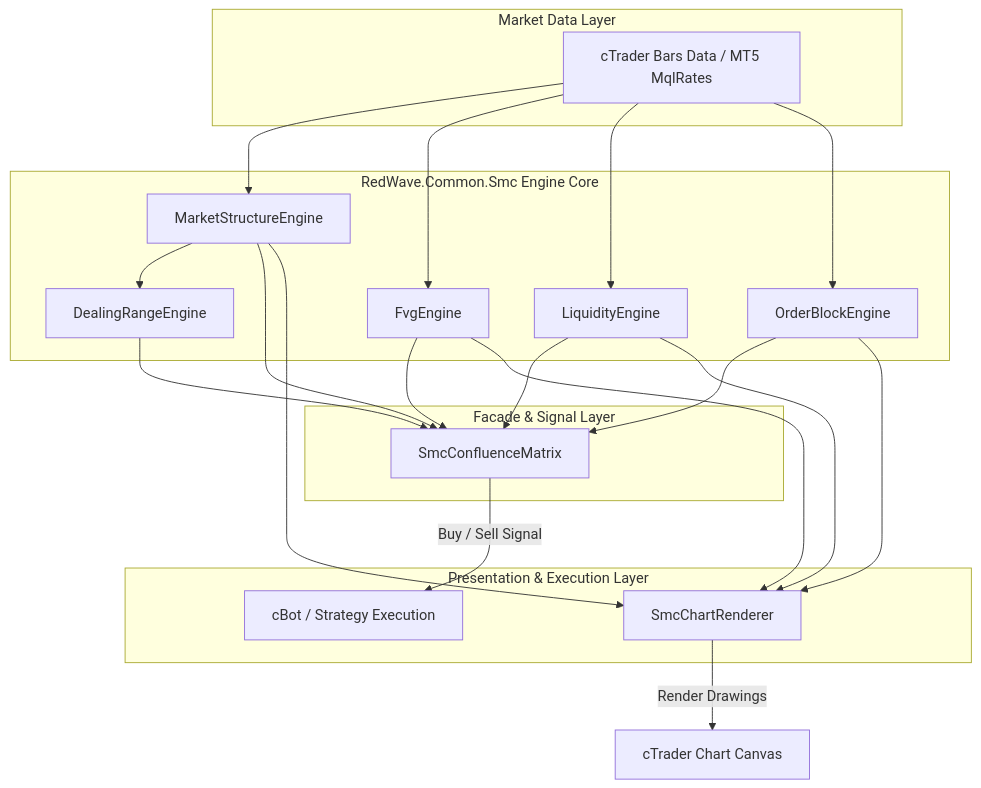
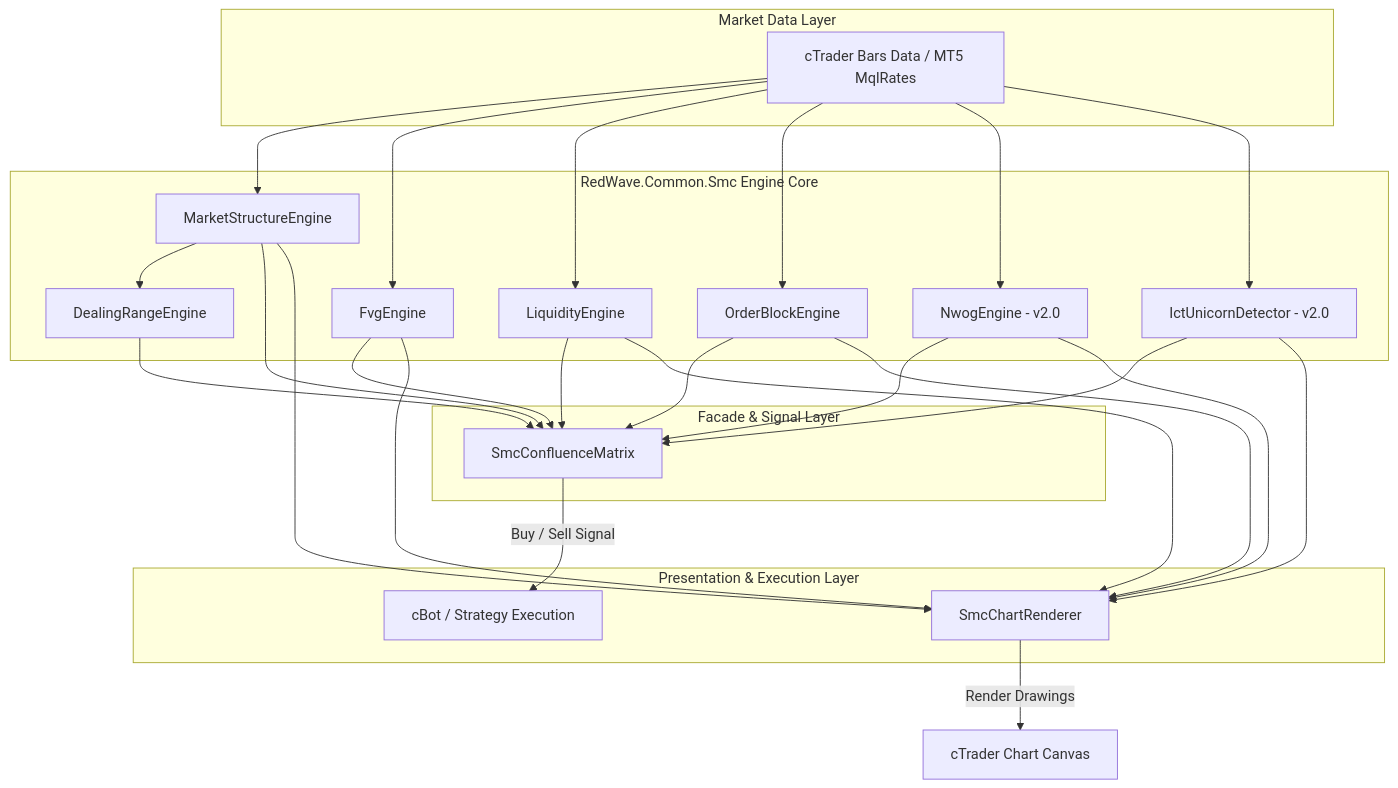
Before and after one commit to naviocean/cbot: the first of 2 diagrams in Common/docs/smc/ARCH-smc-ict-core-engine.md, drawn with Mermaid. The commit also changed other lines of this file and 29 other files, not shown here.

Commit message:
feat(smc): Implement ICT Master v2.0 engines (NwogEngine, IctUnicornDetector, Inversion FVG, BPR) with 129 unit tests passed

````diff
--- a/Common/docs/smc/ARCH-smc-ict-core-engine.md
+++ b/Common/docs/smc/ARCH-smc-ict-core-engine.md
@@ -16,30 +16,32 @@
 ```mermaid
 graph TD
     subgraph Market Data Layer
         Bars[cTrader Bars Data / MT5 MqlRates]
     end
 
     subgraph RedWave.Common.Smc Engine Core
         MSE[MarketStructureEngine]
         FE[FvgEngine]
         LE[LiquidityEngine]
         OBE[OrderBlockEngine]
         DRE[DealingRangeEngine]
+        NWE[NwogEngine - v2.0]
+        UNI[IctUnicornDetector - v2.0]
     end
 
     subgraph Facade & Signal Layer
         SCM[SmcConfluenceMatrix]
     end
 
     subgraph Presentation & Execution Layer
         SCR[SmcChartRenderer]
         Robot[cBot / Strategy Execution]
     end
 
-    Bars --> MSE & FE & LE & OBE
+    Bars --> MSE & FE & LE & OBE & NWE & UNI
     MSE --> DRE
-    MSE & FE & LE & OBE & DRE --> SCM
-    FE & MSE & OBE & LE --> SCR
+    MSE & FE & LE & OBE & DRE & NWE & UNI --> SCM
+    FE & MSE & OBE & LE & NWE & UNI --> SCR
     SCM -->|Buy / Sell Signal| Robot
     SCR -->|Render Drawings| ChartUI[cTrader Chart Canvas]
 ```
````
